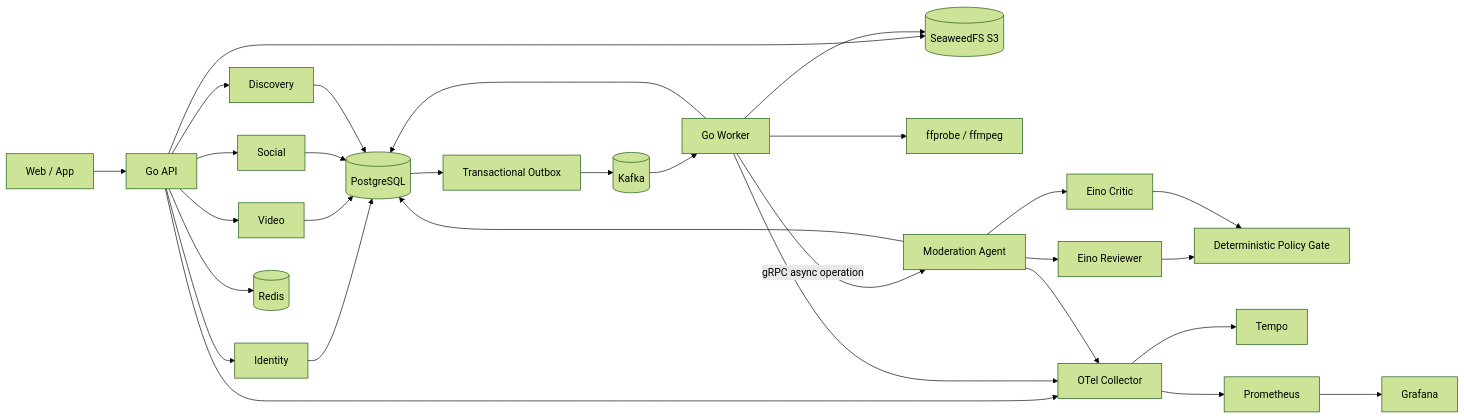
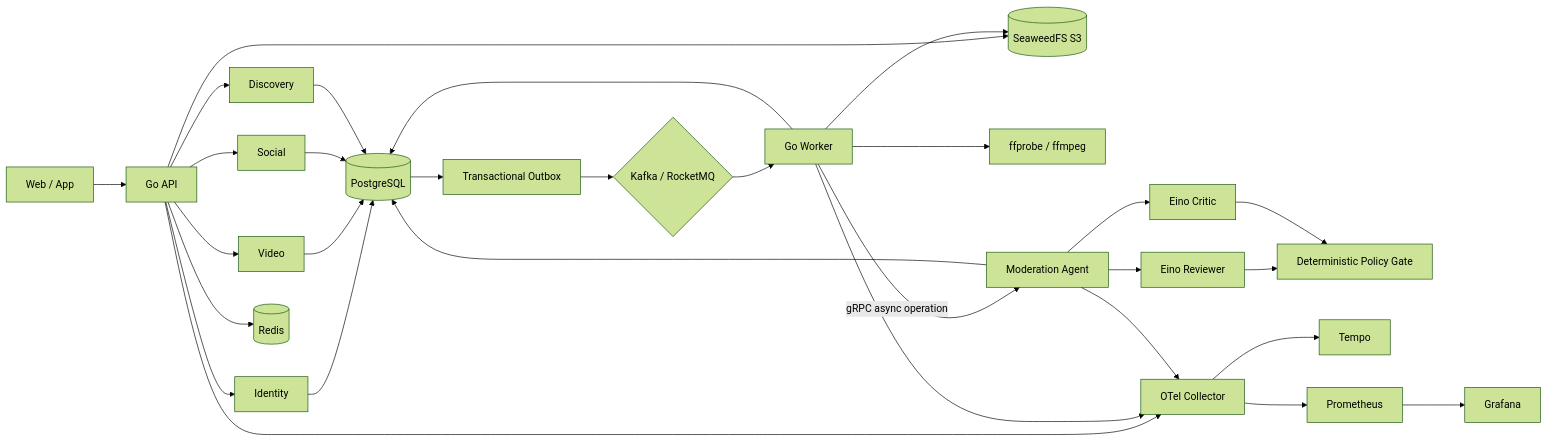
Before and after one commit to Sealessland/sea-music: the diagram in docs/architecture.md, drawn with Mermaid (forest theme). The commit also changed other lines of this file and 17 other files, not shown here.

````diff
--- a/docs/architecture.md
+++ b/docs/architecture.md
@@ -5,26 +5,26 @@
 ```mermaid
 flowchart LR
     Client[Web / App] --> API[Go API]
     API --> ID[Identity]
     API --> Video[Video]
     API --> Social[Social]
     API --> Discovery[Discovery]
     ID & Video & Social & Discovery --> PG[(PostgreSQL)]
     API --> Redis[(Redis)]
     API --> S3[(SeaweedFS S3)]
     PG --> Outbox[Transactional Outbox]
-    Outbox --> Kafka[(Kafka)]
-    Kafka --> Worker[Go Worker]
+    Outbox --> Broker{Kafka / RocketMQ}
+    Broker --> Worker[Go Worker]
     Worker --> PG
     Worker --> S3
     Worker --> FF[ffprobe / ffmpeg]
     Worker -->|gRPC async operation| Agent[Moderation Agent]
     Agent --> PG
     Agent --> Reviewer[Eino Reviewer]
     Agent --> Critic[Eino Critic]
     Reviewer & Critic --> Policy[Deterministic Policy Gate]
     API & Worker & Agent --> OTel[OTel Collector]
     OTel --> Tempo[Tempo]
     OTel --> Prom[Prometheus]
     Prom --> Grafana[Grafana]
 ```
````
